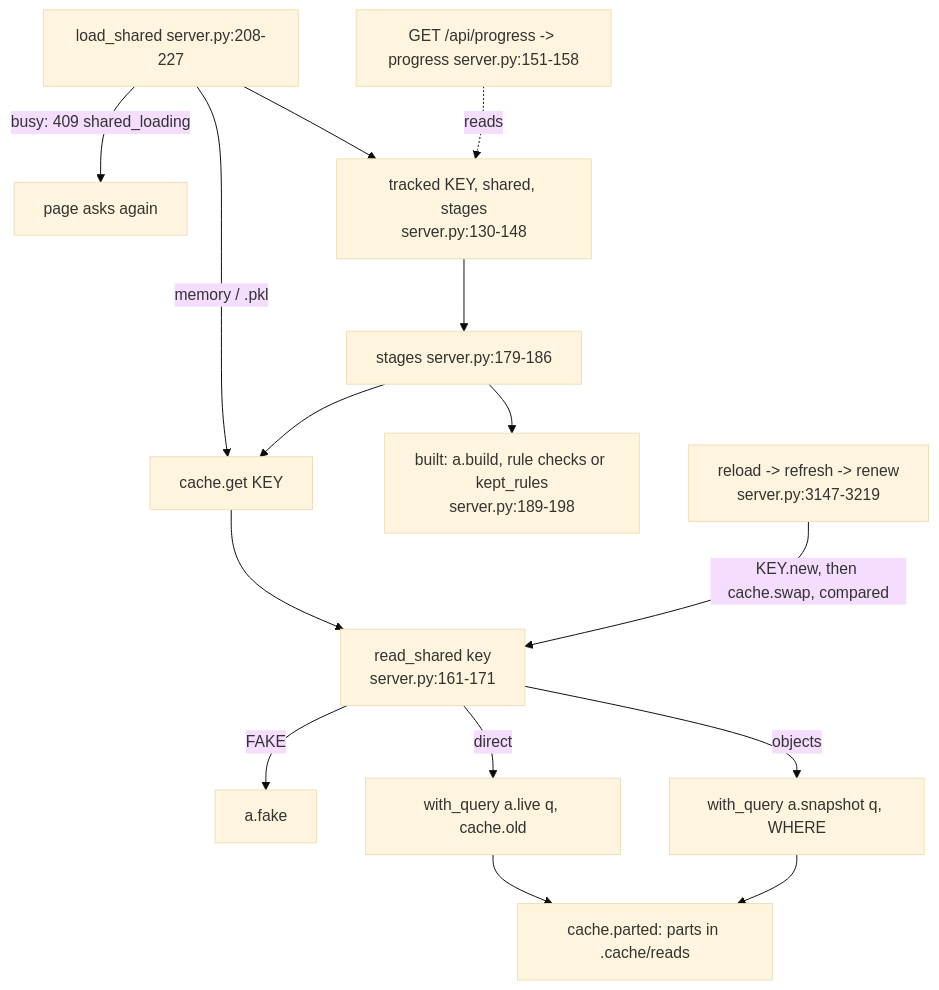
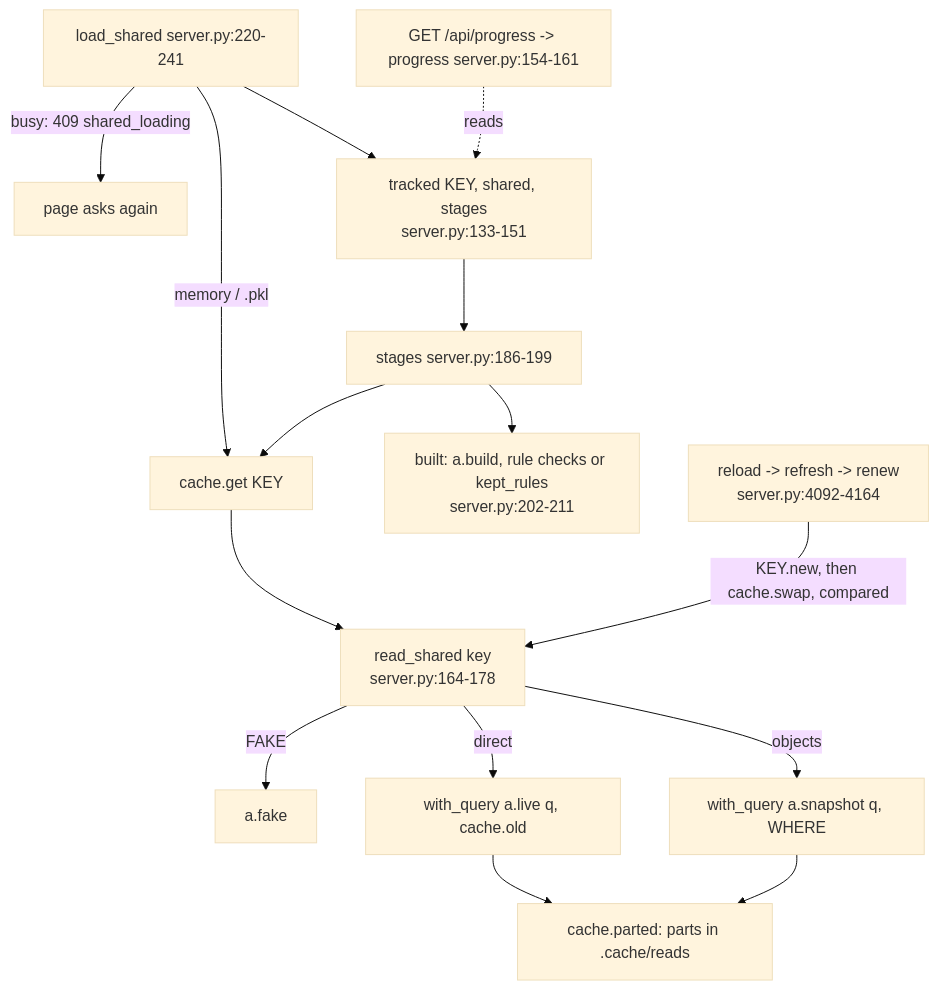
One commit to darshanmeel/snowflake-access-explorer changed the second of 2 diagrams in snowflake-access-explorer-knowledge-graph/modules/server.md. Above: the diagram before and after it, drawn with Mermaid (base theme). The commit also changed other lines of this file and 97 other files, not shown here.

First line of the commit message:
Knowledge graph: updated for 80 commits (read levels, object inventory, object activity, graph focus, risks, Home)

````diff
--- a/snowflake-access-explorer-knowledge-graph/modules/server.md
+++ b/snowflake-access-explorer-knowledge-graph/modules/server.md
@@ -129,16 +159,16 @@
 ```mermaid
 flowchart TD
-  LSH[load_shared server.py:208-227] -->|memory / .pkl| CG[cache.get KEY]
+  LSH[load_shared server.py:220-241] -->|memory / .pkl| CG[cache.get KEY]
   LSH -->|busy: 409 shared_loading| W[page asks again]
-  LSH --> TR[tracked KEY, shared, stages<br/>server.py:130-148]
-  TR --> STG[stages server.py:179-186]
+  LSH --> TR[tracked KEY, shared, stages<br/>server.py:133-151]
+  TR --> STG[stages server.py:186-199]
   STG --> CG
-  CG --> RS[read_shared key<br/>server.py:161-171]
+  CG --> RS[read_shared key<br/>server.py:164-178]
   RS -->|FAKE| FK[a.fake]
   RS -->|direct| LV[with_query a.live q, cache.old]
   RS -->|objects| SN[with_query a.snapshot q, WHERE]
   LV & SN --> PQ[cache.parted: parts in .cache/reads]
-  STG --> BT[built: a.build, rule checks or kept_rules<br/>server.py:189-198]
-  RL[reload -> refresh -> renew<br/>server.py:3147-3219] -->|KEY.new, then cache.swap, compared| RS
-  PG[GET /api/progress -> progress server.py:151-158] -.reads.-> TR
+  STG --> BT[built: a.build, rule checks or kept_rules<br/>server.py:202-211]
+  RL[reload -> refresh -> renew<br/>server.py:4092-4164] -->|KEY.new, then cache.swap, compared| RS
+  PG[GET /api/progress -> progress server.py:154-161] -.reads.-> TR
 ```
````
